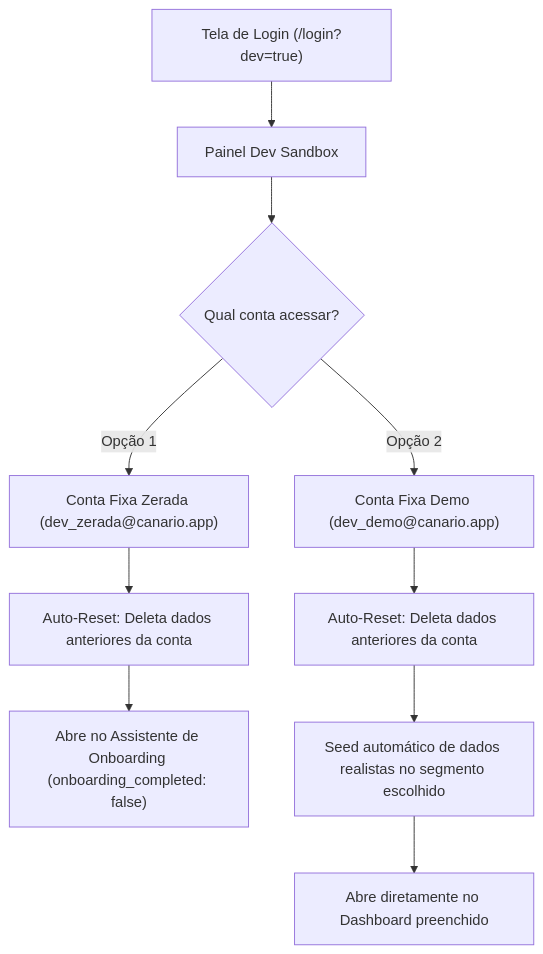
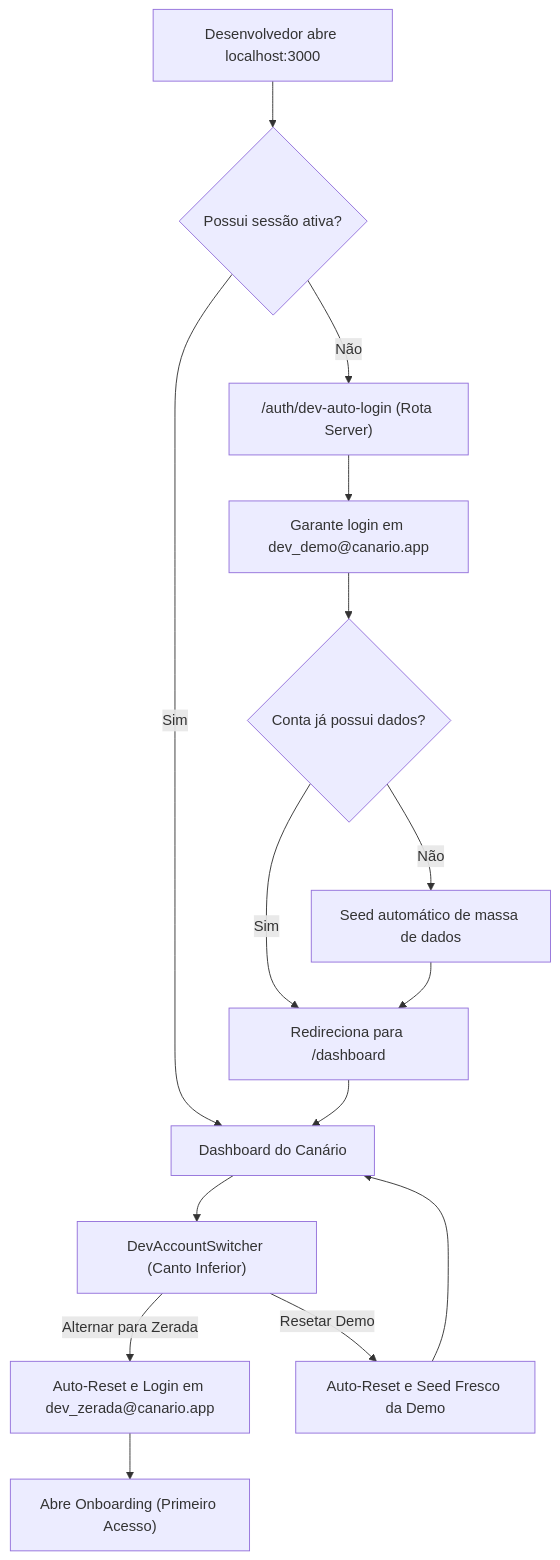
The diagram in docs/saas-canario/06-requisitos-dev-sandbox.md (aleerangel/financeiro-app), drawn with Mermaid before and after one commit. The commit also changed other lines of this file and 11 other files, not shown here.

Commit message:
feat(dev-sandbox): adiciona auto-login transparente, botoes diretos e switcher flutuante em ambiente local

````diff
--- a/docs/saas-canario/06-requisitos-dev-sandbox.md
+++ b/docs/saas-canario/06-requisitos-dev-sandbox.md
@@ -32,14 +34,21 @@
 ```mermaid
 flowchart TD
-    Login["Tela de Login (/login?dev=true)"] --> Modal["Painel Dev Sandbox"]
-    Modal --> Choice{"Qual conta acessar?"}
-    Choice -->|Opção 1| Zerada["Conta Fixa Zerada (dev_zerada@canario.app)"]
-    Choice -->|Opção 2| Demo["Conta Fixa Demo (dev_demo@canario.app)"]
+    Start["Desenvolvedor abre localhost:3000"] --> CheckAuth{"Possui sessão ativa?"}
     
-    Zerada --> Reset1["Auto-Reset: Deleta dados anteriores da conta"]
-    Reset1 --> Onboarding["Abre no Assistente de Onboarding (onboarding_completed: false)"]
+    CheckAuth -->|Sim| Dashboard["Dashboard do Canário"]
+    CheckAuth -->|Não| DevAutoLogin["/auth/dev-auto-login (Rota Server)"]
     
-    Demo --> Reset2["Auto-Reset: Deleta dados anteriores da conta"]
-    Reset2 --> Seed["Seed automático de dados realistas no segmento escolhido"]
-    Seed --> Dashboard["Abre diretamente no Dashboard preenchido"]
+    DevAutoLogin --> EnsureUser["Garante login em dev_demo@canario.app"]
+    EnsureUser --> SeedCheck{"Conta já possui dados?"}
+    SeedCheck -->|Sim| RedirectDash["Redireciona para /dashboard"]
+    SeedCheck -->|Não| Seed["Seed automático de massa de dados"]
+    Seed --> RedirectDash
+    RedirectDash --> Dashboard
+    
+    Dashboard --> Switcher["DevAccountSwitcher (Canto Inferior)"]
+    Switcher -->|Alternar para Zerada| ResetClean["Auto-Reset e Login em dev_zerada@canario.app"]
+    ResetClean --> Onboarding["Abre Onboarding (Primeiro Acesso)"]
+    
+    Switcher -->|Resetar Demo| ResetDemo["Auto-Reset e Seed Fresco da Demo"]
+    ResetDemo --> Dashboard
 ```
````
